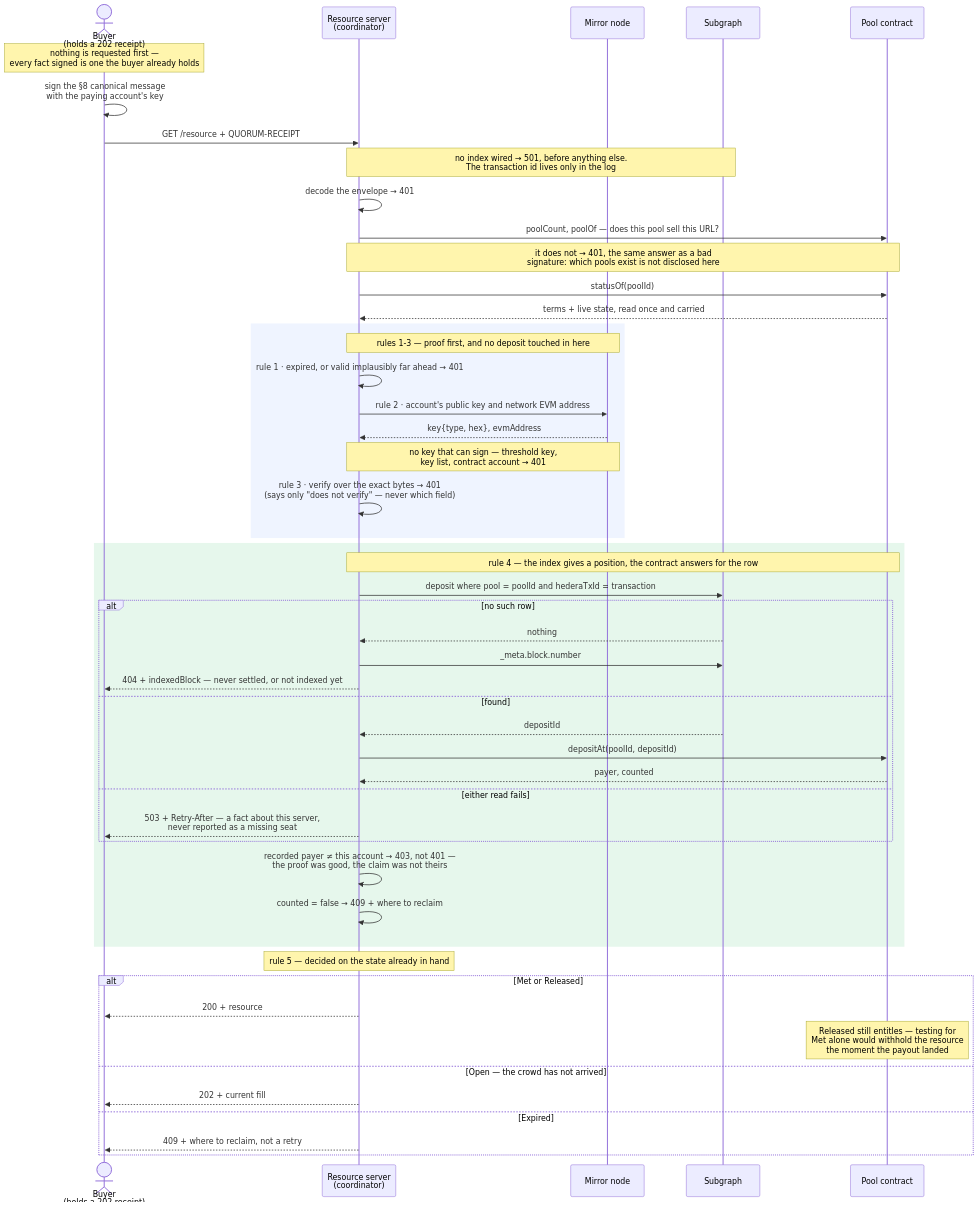
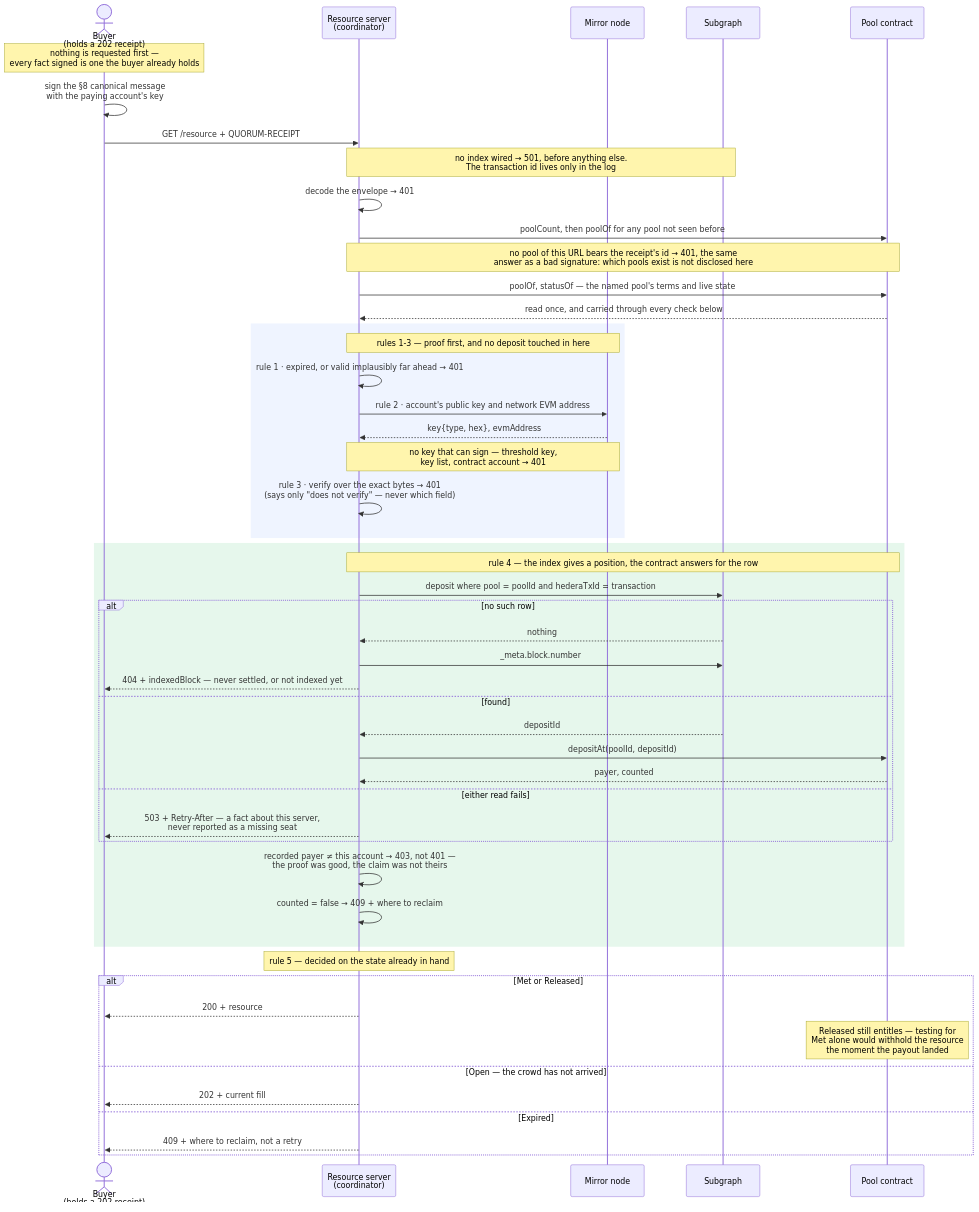
One commit to lxfoundry/quorum402 changed the second of 2 diagrams in specs/quorum-scheme.md. Above: the diagram before and after it, drawn with Mermaid.

Commit message:
spec(quorum): draw the reads §8.1 makes, not one standing for two
`availability` issues `poolOf` and `statusOf` together; the diagram showed a
lone `statusOf` answering with "terms + live state", which is the pair's answer
rather than that call's. The scan above it reads `poolOf` only for pools it has
not seen, not for every pool on every request.

Small, and the same class of defect as the replay check two commits ago: a
picture claiming a shape the code does not have. This diagram is how a reader
checks §8's ordering without reading TypeScript, so it is worth being exact.

````diff
--- a/specs/quorum-scheme.md
+++ b/specs/quorum-scheme.md
@@ -474,56 +474,56 @@
 ```mermaid
 sequenceDiagram
     actor B as Buyer<br/>(holds a 202 receipt)
     participant RS as Resource server<br/>(coordinator)
     participant M as Mirror node
     participant G as Subgraph
     participant P as Pool contract
 
     Note over B: nothing is requested first —<br/>every fact signed is one the buyer already holds
     B->>B: sign the §8 canonical message<br/>with the paying account's key
     B->>RS: GET /resource + QUORUM-RECEIPT
 
     Note over RS,G: no index wired → 501, before anything else.<br/>The transaction id lives only in the log
     RS->>RS: decode the envelope → 401
-    RS->>P: poolCount, poolOf — does this pool sell this URL?
-    Note over RS,P: it does not → 401, the same answer as a bad<br/>signature: which pools exist is not disclosed here
-    RS->>P: statusOf(poolId)
-    P-->>RS: terms + live state, read once and carried
+    RS->>P: poolCount, then poolOf for any pool not seen before
+    Note over RS,P: no pool of this URL bears the receipt's id → 401, the same<br/>answer as a bad signature: which pools exist is not disclosed here
+    RS->>P: poolOf, statusOf — the named pool's terms and live state
+    P-->>RS: read once, and carried through every check below
 
     rect rgba(120, 160, 255, 0.12)
         Note over RS,M: rules 1-3 — proof first, and no deposit touched in here
         RS->>RS: rule 1 · expired, or valid implausibly far ahead → 401
         RS->>M: rule 2 · account's public key and network EVM address
         M-->>RS: key{type, hex}, evmAddress
         Note over RS,M: no key that can sign — threshold key,<br/>key list, contract account → 401
         RS->>RS: rule 3 · verify over the exact bytes → 401<br/>(says only "does not verify" — never which field)
     end
 
     rect rgba(80, 200, 120, 0.14)
         Note over RS,P: rule 4 — the index gives a position, the contract answers for the row
         RS->>G: deposit where pool = poolId and hederaTxId = transaction
         alt no such row
             G-->>RS: nothing
             RS->>G: _meta.block.number
             RS-->>B: 404 + indexedBlock — never settled, or not indexed yet
         else found
             G-->>RS: depositId
             RS->>P: depositAt(poolId, depositId)
             P-->>RS: payer, counted
         else either read fails
             RS-->>B: 503 + Retry-After — a fact about this server,<br/>never reported as a missing seat
         end
         RS->>RS: recorded payer ≠ this account → 403, not 401 —<br/>the proof was good, the claim was not theirs
         RS->>RS: counted = false → 409 + where to reclaim
     end
 
     Note over RS: rule 5 — decided on the state already in hand
     alt Met or Released
         RS-->>B: 200 + resource
         Note over P: Released still entitles — testing for<br/>Met alone would withhold the resource<br/>the moment the payout landed
     else Open — the crowd has not arrived
         RS-->>B: 202 + current fill
     else Expired
         RS-->>B: 409 + where to reclaim, not a retry
     end
 ```
````
